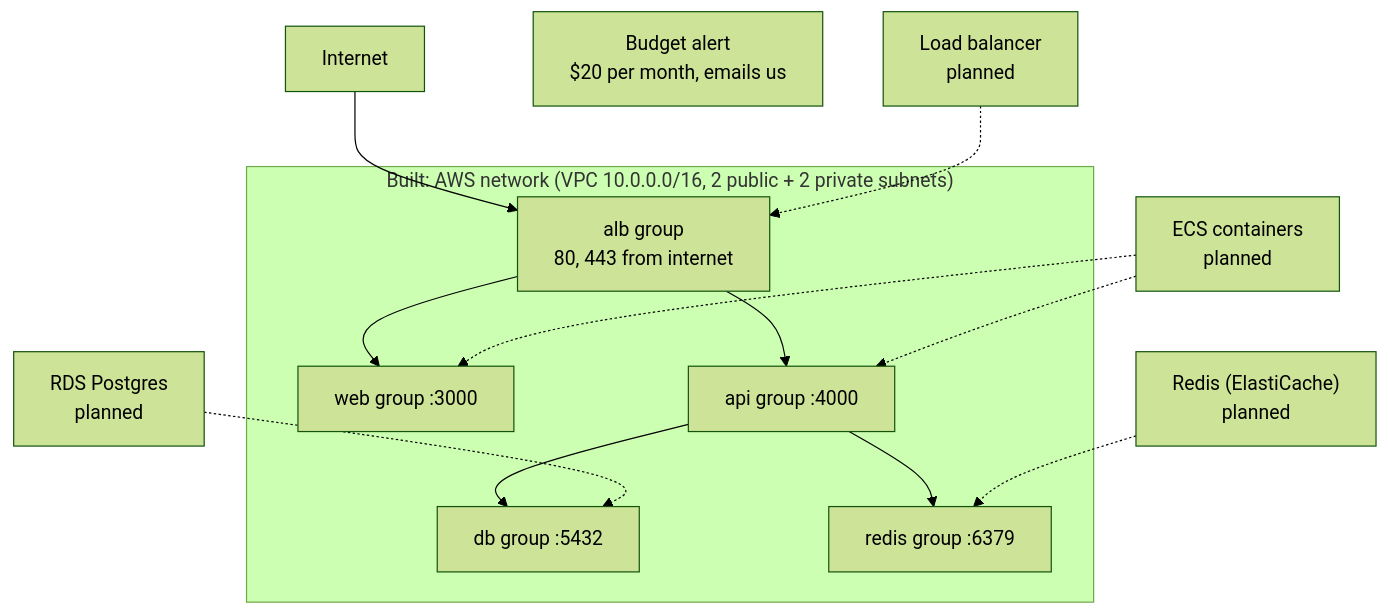
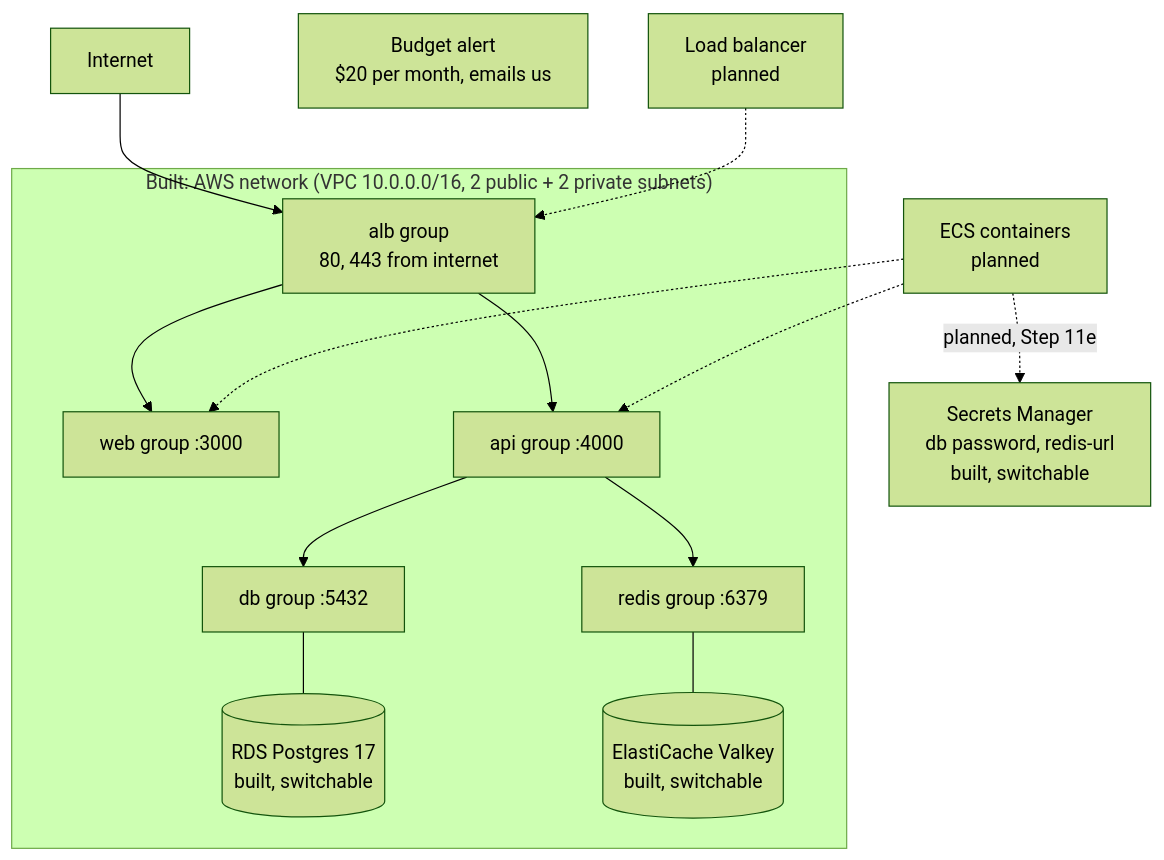
Before and after one commit to maheshnd/minitickets: the second of 2 diagrams in docs/00-architecture.md, drawn with Mermaid (forest theme). The commit also changed other lines of this file and 8 other files, not shown here.

Commit message:
infra: data layer (rds + valkey + secrets)

````diff
--- a/docs/00-architecture.md
+++ b/docs/00-architecture.md
@@ -25,26 +25,28 @@
 ```mermaid
 flowchart TB
     internet["Internet"]
     budget["Budget alert<br/>$20 per month, emails us"]
+    sm["Secrets Manager<br/>db password, redis-url<br/>built, switchable"]
     subgraph vpc["Built: AWS network (VPC 10.0.0.0/16, 2 public + 2 private subnets)"]
         albsg["alb group<br/>80, 443 from internet"]
         websg["web group :3000"]
         apisg["api group :4000"]
         dbsg["db group :5432"]
         redissg["redis group :6379"]
+        rds[("RDS Postgres 17<br/>built, switchable")]
+        cache[("ElastiCache Valkey<br/>built, switchable")]
     end
     alb["Load balancer<br/>planned"]
     ecs["ECS containers<br/>planned"]
-    rds["RDS Postgres<br/>planned"]
-    cache["Redis (ElastiCache)<br/>planned"]
     internet --> albsg
     albsg --> websg
     albsg --> apisg
     apisg --> dbsg
     apisg --> redissg
+    dbsg --- rds
+    redissg --- cache
     alb -.-> albsg
     ecs -.-> websg
     ecs -.-> apisg
-    rds -.-> dbsg
-    cache -.-> redissg
+    ecs -.->|"planned, Step 11e"| sm
 ```
````
